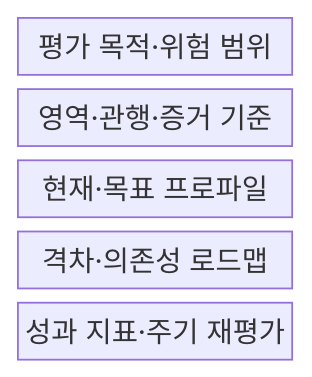
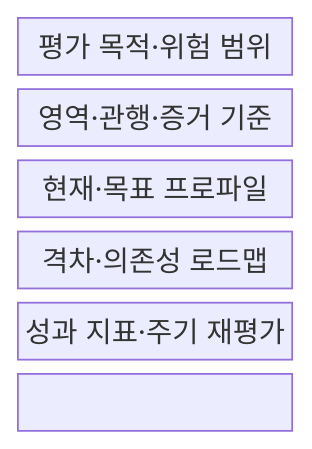
The first of 2 diagrams in src/content/docs/notes/05-security/147_security_maturity_model.md (agnusdei1207/knowledge-base), drawn with Mermaid before and after one commit. The commit also changed other lines of this file and 151 other files, not shown here.

````diff
--- a/src/content/docs/notes/05-security/147_security_maturity_model.md
+++ b/src/content/docs/notes/05-security/147_security_maturity_model.md
@@ -55,9 +55,11 @@
 ```mermaid
 block-beta
   columns 1
   S["평가 목적·위험 범위"]
   C["영역·관행·증거 기준"]
   P["현재·목표 프로파일"]
   R["격차·의존성 로드맵"]
   M["성과 지표·주기 재평가"]
+  S --- C --- P
+  P --- R --- M
 ```
````
